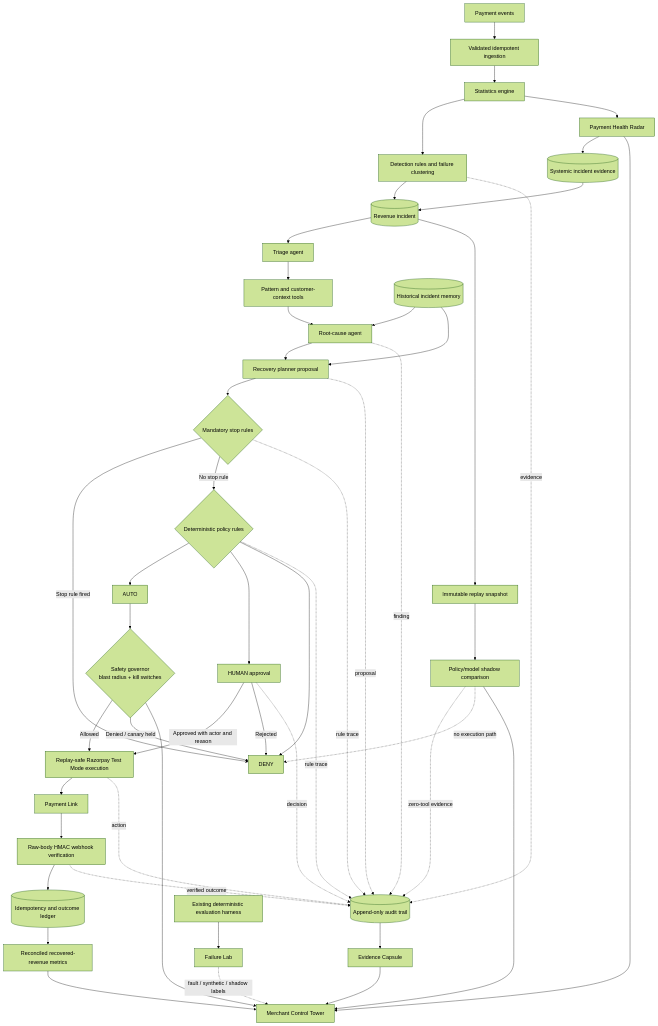
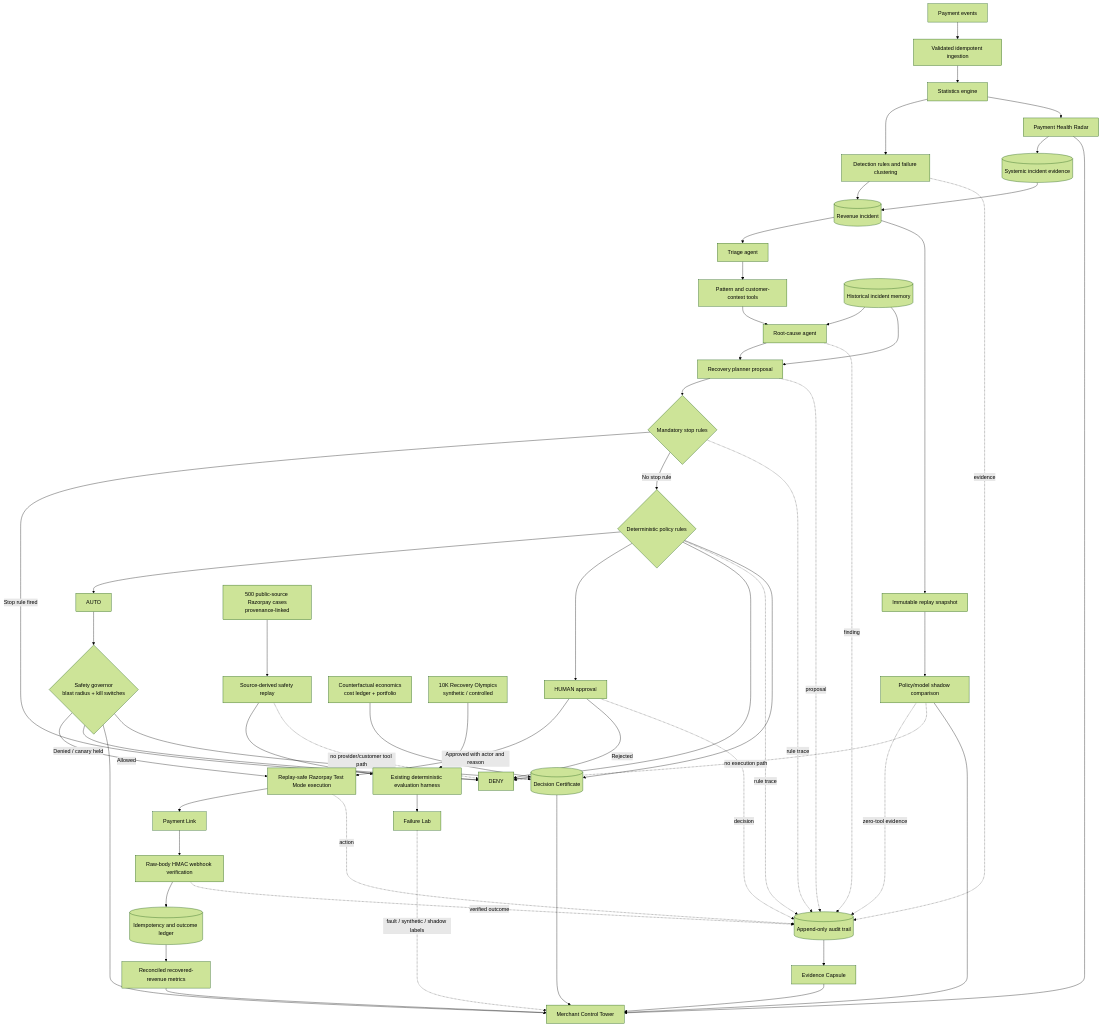
Before and after one commit to sufibuildwith-py/Sentinel: the diagram in ARCHITECTURE.md, drawn with Mermaid (forest theme). The commit also changed other lines of this file and 108 other files, not shown here.

````diff
--- a/ARCHITECTURE.md
+++ b/ARCHITECTURE.md
@@ -5,51 +5,59 @@
 ```mermaid
 flowchart TD
     Events[Payment events] --> Ingest[Validated idempotent ingestion]
     Ingest --> Stats[Statistics engine]
     Stats --> Detect[Detection rules and failure clustering]
     Detect --> Incident[(Revenue incident)]
     Stats --> Health[Payment Health Radar]
     Health --> Systemic[(Systemic incident evidence)]
     Systemic --> Incident
     Incident --> Triage[Triage agent]
     Triage --> Tools[Pattern and customer-context tools]
     Tools --> Root[Root-cause agent]
     Memory[(Historical incident memory)] --> Root
     Root --> Plan[Recovery planner proposal]
     Memory --> Plan
     Plan --> Stop{Mandatory stop rules}
     Stop -->|Stop rule fired| Deny[DENY]
     Stop -->|No stop rule| Policy{Deterministic policy rules}
     Policy --> Auto[AUTO]
     Policy --> Human[HUMAN approval]
     Policy --> Deny
     Human -->|Approved with actor and reason| Execute[Replay-safe Razorpay Test Mode execution]
     Human -->|Rejected| Deny
     Auto --> Governor{Safety governor<br/>blast radius + kill switches}
     Governor -->|Allowed| Execute
     Governor -->|Denied / canary held| Deny
     Execute --> Link[Payment Link]
     Link --> Webhook[Raw-body HMAC webhook verification]
     Webhook --> Ledger[(Idempotency and outcome ledger)]
     Ledger --> Metrics[Reconciled recovered-revenue metrics]
     Detect -. evidence .-> Audit[(Append-only audit trail)]
     Root -. finding .-> Audit
     Plan -. proposal .-> Audit
     Stop -. rule trace .-> Audit
     Policy -. rule trace .-> Audit
     Human -. decision .-> Audit
     Execute -. action .-> Audit
     Webhook -. verified outcome .-> Audit
     Incident --> Replay[Immutable replay snapshot]
     Replay --> Shadow[Policy/model shadow comparison]
     Shadow -. zero-tool evidence .-> Audit
     Shadow -. no execution path .-> Deny
     Health --> Tower[Merchant Control Tower]
     Metrics --> Tower
     Governor --> Tower
     Shadow --> Tower
     Audit --> Capsule[Evidence Capsule]
     Capsule --> Tower
     Evaluation[Existing deterministic evaluation harness] --> FailureLab[Failure Lab]
     FailureLab -. fault / synthetic / shadow labels .-> Tower
+    Economics[Counterfactual economics<br/>cost ledger + portfolio] --> Certificate[(Decision Certificate)]
+    Policy --> Certificate
+    Governor --> Certificate
+    Certificate --> Tower
+    Olympics[10K Recovery Olympics<br/>synthetic / controlled] --> Evaluation
+    Historical[500 public-source Razorpay cases<br/>provenance-linked] --> HistoricalReplay[Source-derived safety replay]
+    HistoricalReplay --> Evaluation
+    HistoricalReplay -. no provider/customer tool path .-> Deny
 ```
````
